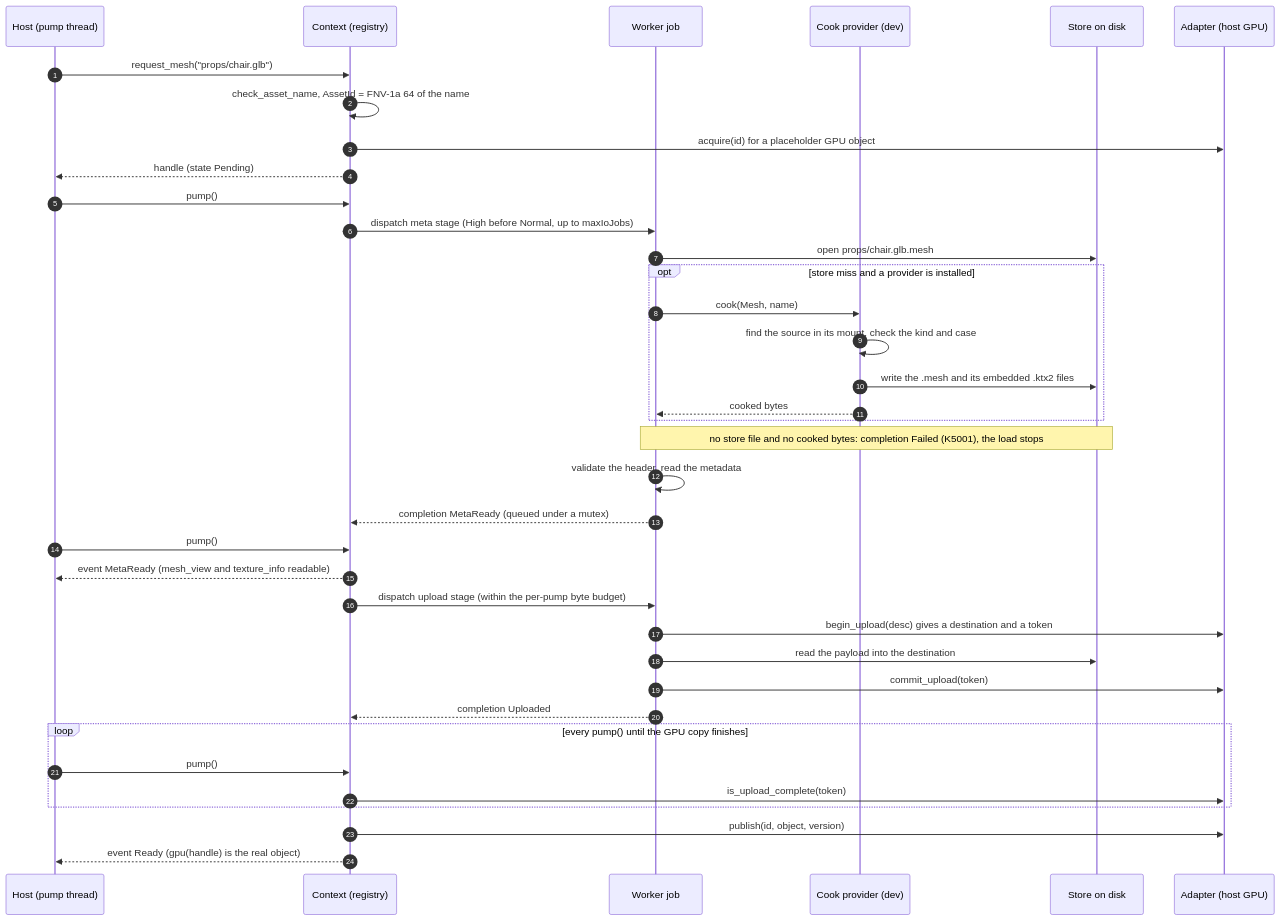
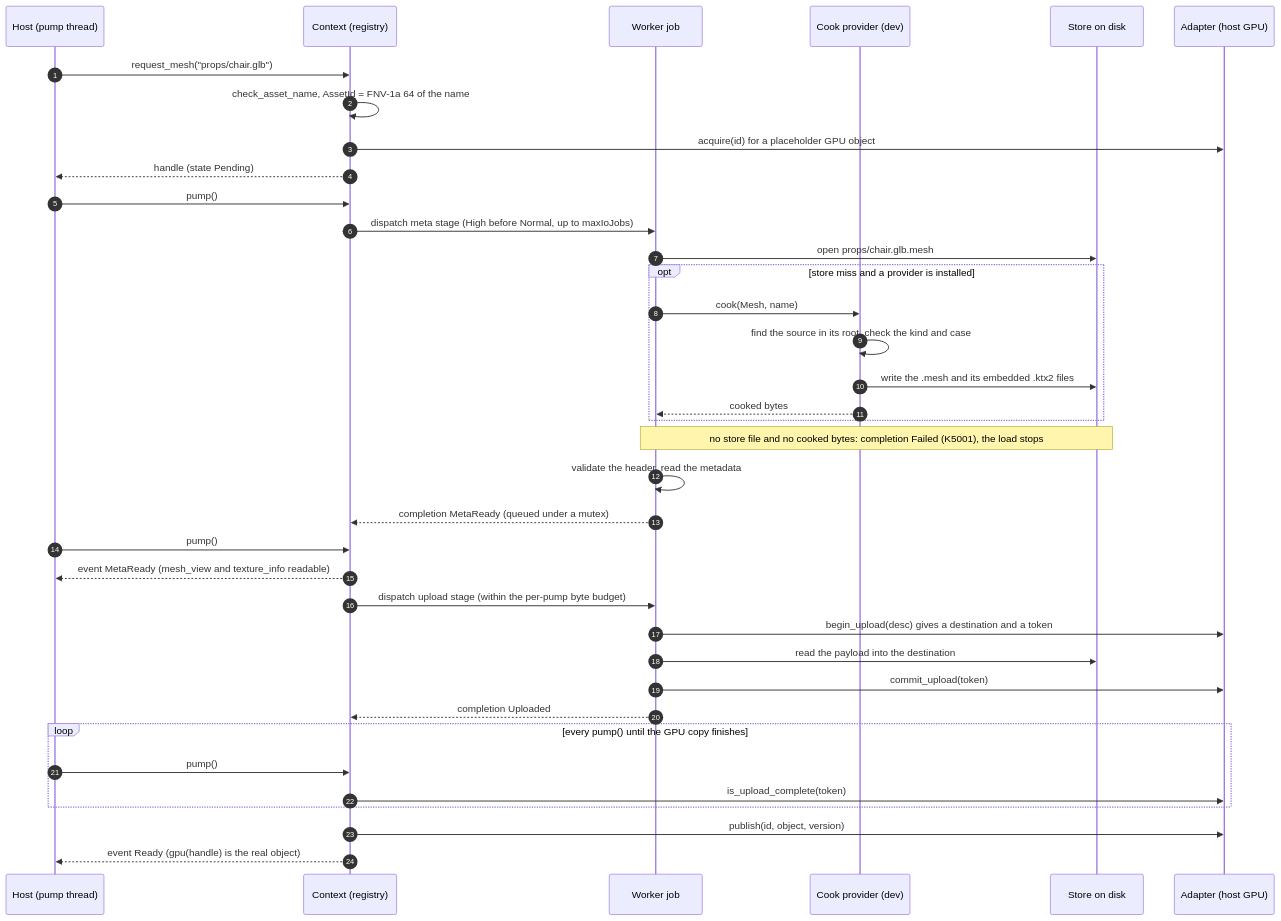
Before and after one commit to sigman78/Kiln: the second of 3 diagrams in docs/design/architecture.md, drawn with Mermaid. The commit also changed 26 other files, not shown here.

First line of the commit message:
rename source mounts to roots; --root in every tool; roots CTest

````diff
--- a/docs/design/architecture.md
+++ b/docs/design/architecture.md
@@ -67,43 +67,43 @@
 ```mermaid
 sequenceDiagram
     autonumber
     participant Host as Host (pump thread)
     participant Ctx as Context (registry)
     participant Worker as Worker job
     participant Prov as Cook provider (dev)
     participant Store as Store on disk
     participant Adapter as Adapter (host GPU)
 
     Host->>Ctx: request_mesh("props/chair.glb")
     Ctx->>Ctx: check_asset_name, AssetId = FNV-1a 64 of the name
     Ctx->>Adapter: acquire(id) for a placeholder GPU object
     Ctx-->>Host: handle (state Pending)
 
     Host->>Ctx: pump()
     Ctx->>Worker: dispatch meta stage (High before Normal, up to maxIoJobs)
     Worker->>Store: open props/chair.glb.mesh
     opt store miss and a provider is installed
         Worker->>Prov: cook(Mesh, name)
-        Prov->>Prov: find the source in its mount, check the kind and case
+        Prov->>Prov: find the source in its root, check the kind and case
         Prov->>Store: write the .mesh and its embedded .ktx2 files
         Prov-->>Worker: cooked bytes
     end
     Note over Worker,Store: no store file and no cooked bytes: completion Failed (K5001), the load stops
     Worker->>Worker: validate the header, read the metadata
     Worker-->>Ctx: completion MetaReady (queued under a mutex)
 
     Host->>Ctx: pump()
     Ctx-->>Host: event MetaReady (mesh_view and texture_info readable)
     Ctx->>Worker: dispatch upload stage (within the per-pump byte budget)
     Worker->>Adapter: begin_upload(desc) gives a destination and a token
     Worker->>Store: read the payload into the destination
     Worker->>Adapter: commit_upload(token)
     Worker-->>Ctx: completion Uploaded
 
     loop every pump() until the GPU copy finishes
         Host->>Ctx: pump()
         Ctx->>Adapter: is_upload_complete(token)
     end
     Ctx->>Adapter: publish(id, object, version)
     Ctx-->>Host: event Ready (gpu(handle) is the real object)
 ```
````
